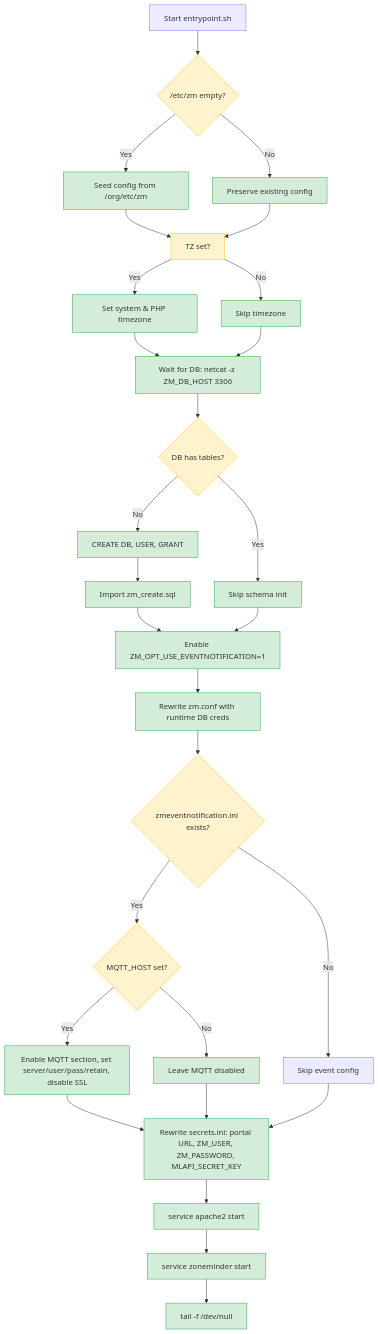
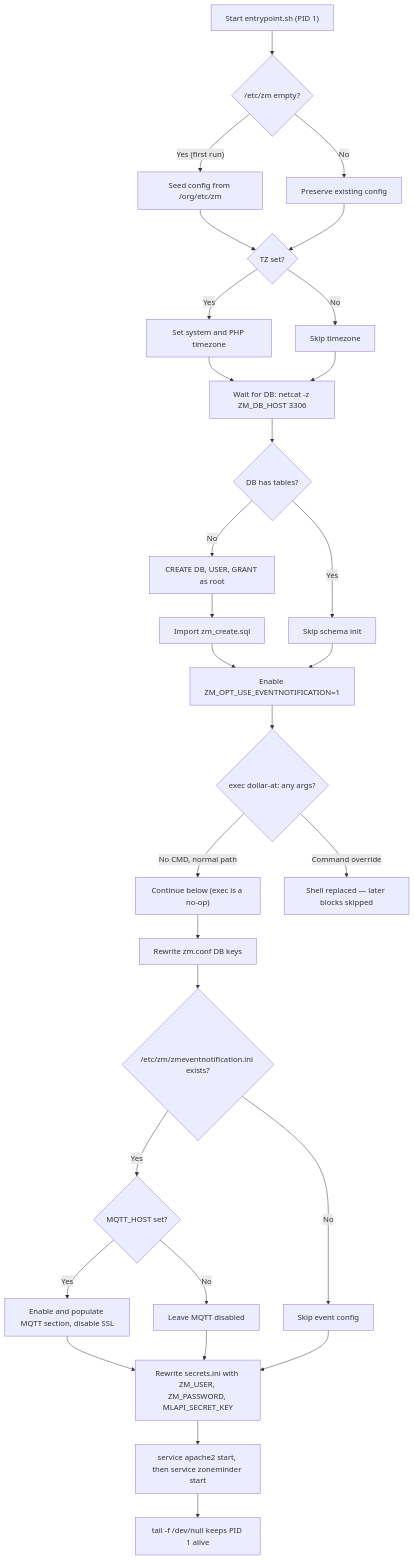
One commit to ulbi/zoneminderswarm changed the first of 2 diagrams in openwiki/operations/entrypoint-flow.md. Above: the diagram before and after it, drawn with Mermaid. The commit also changed other lines of this file and 25 other files, not shown here.

````diff
--- a/openwiki/operations/entrypoint-flow.md
+++ b/openwiki/operations/entrypoint-flow.md
@@ -21,35 +26,32 @@
 ```mermaid
 flowchart TD
-    A[Start entrypoint.sh] --> B{/etc/zm empty?}
-    B -->|Yes| C[Seed config from /org/etc/zm]
-    B -->|No| D[Preserve existing config]
-    C --> E[TZ set?]
+    A["Start entrypoint.sh (PID 1)"] --> B{"/etc/zm empty?"}
+    B -->|"Yes (first run)"| C["Seed config from /org/etc/zm"]
+    B -->|"No"| D["Preserve existing config"]
+    C --> E{"TZ set?"}
     D --> E
-    E -->|Yes| F[Set system & PHP timezone]
-    E -->|No| G[Skip timezone]
-    F --> H[Wait for DB: netcat -z ZM_DB_HOST 3306]
+    E -->|"Yes"| F["Set system and PHP timezone"]
+    E -->|"No"| G["Skip timezone"]
+    F --> H["Wait for DB: netcat -z ZM_DB_HOST 3306"]
     G --> H
-    H --> I{DB has tables?}
-    I -->|Yes| J[Skip schema init]
-    I -->|No| K[CREATE DB, USER, GRANT]
-    K --> L[Import zm_create.sql]
-    L --> M[Enable ZM_OPT_USE_EVENTNOTIFICATION=1]
+    H --> I{"DB has tables?"}
+    I -->|"Yes"| J["Skip schema init"]
+    I -->|"No"| K["CREATE DB, USER, GRANT as root"]
+    K --> L["Import zm_create.sql"]
+    L --> M["Enable ZM_OPT_USE_EVENTNOTIFICATION=1"]
     J --> M
-    M --> N[Rewrite zm.conf with runtime DB creds]
-    N --> O{zmeventnotification.ini exists?}
-    O -->|Yes| P{MQTT_HOST set?}
-    O -->|No| Q[Skip event config]
-    P -->|Yes| R[Enable MQTT section, set server/user/pass/retain, disable SSL]
-    P -->|No| S[Leave MQTT disabled]
-    R --> T[Rewrite secrets.ini: portal URL, ZM_USER, ZM_PASSWORD, MLAPI_SECRET_KEY]
-    S --> T
-    Q --> T
-    T --> U[service apache2 start]
-    U --> V[service zoneminder start]
-    V --> W[tail -f /dev/null]
-
-    classDef decision fill:#fff3cd,stroke:#ffc107
-    classDef action fill:#d4edda,stroke:#28a745
-    class B,E,I,O,P decision
-    class C,D,F,G,H,J,K,L,M,N,R,S,T,U,V,W action
+    M --> N{"exec dollar-at: any args?"}
+    N -->|"No CMD, normal path"| O["Continue below (exec is a no-op)"]
+    N -->|"Command override"| P["Shell replaced — later blocks skipped"]
+    O --> Q["Rewrite zm.conf DB keys"]
+    Q --> R{"/etc/zm/zmeventnotification.ini exists?"}
+    R -->|"Yes"| S{MQTT_HOST set?}
+    R -->|"No"| V["Skip event config"]
+    S -->|"Yes"| T["Enable and populate MQTT section, disable SSL"]
+    S -->|"No"| U["Leave MQTT disabled"]
+    T --> W["Rewrite secrets.ini with ZM_USER, ZM_PASSWORD, MLAPI_SECRET_KEY"]
+    U --> W
+    V --> W
+    W --> X["service apache2 start, then service zoneminder start"]
+    X --> Y["tail -f /dev/null keeps PID 1 alive"]
 ```
````
